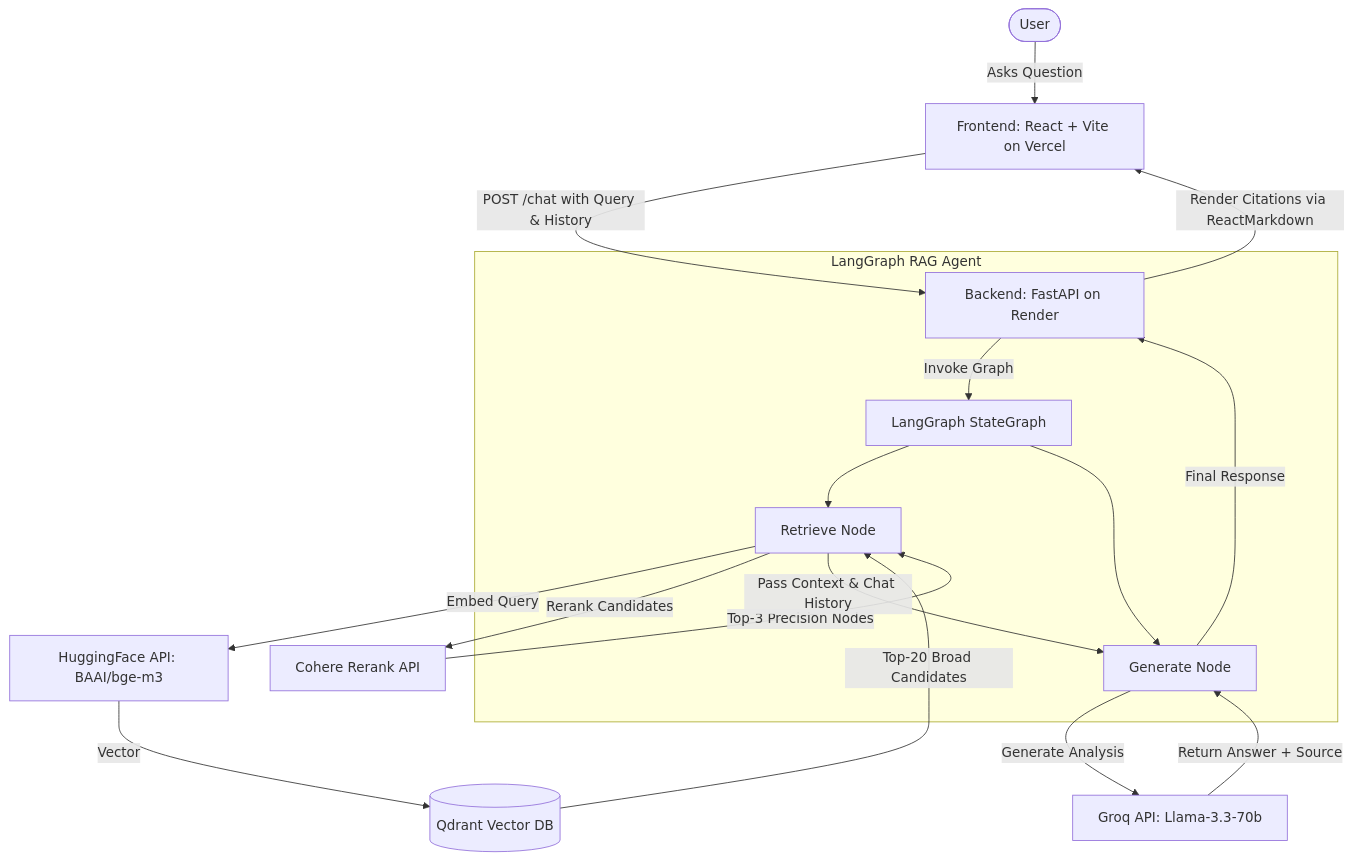
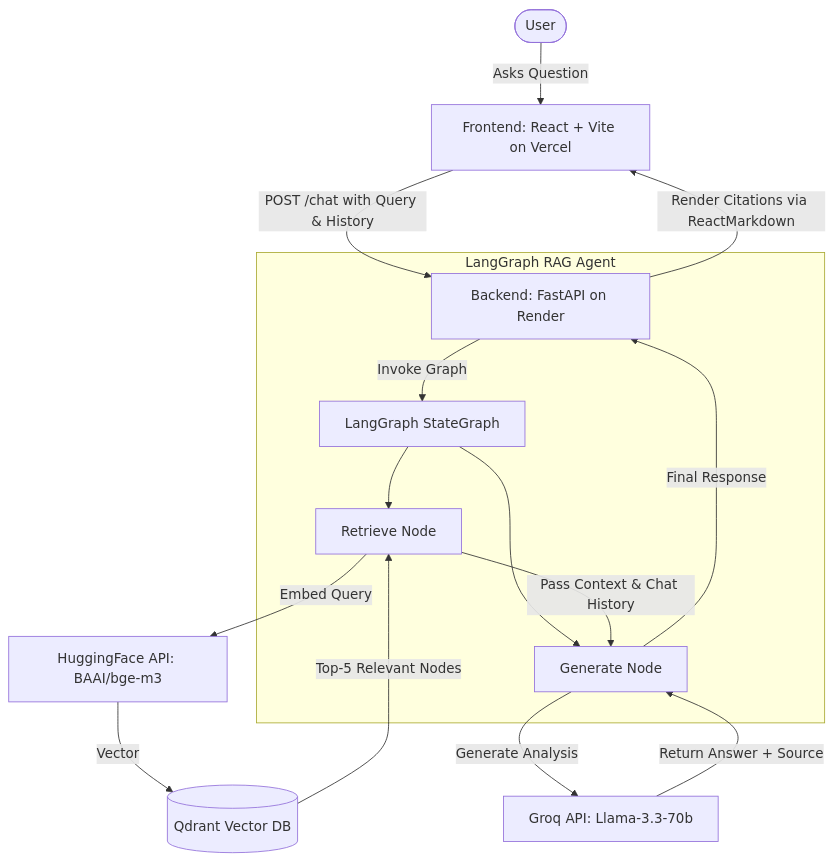
One commit to dovh11/finrag-project changed the diagram in README.md. Above: the diagram before and after it, drawn with Mermaid. The commit also changed other lines of this file and 2 other files, not shown here.

Commit message:
refactor: rollback to fast single-stage retrieval, remove cohere reranker

````diff
--- a/README.md
+++ b/README.md
@@ -52,24 +52,22 @@
 ```mermaid
 graph TD
     User([User]) -->|Asks Question| UI[Frontend: React + Vite on Vercel]
     UI -->|POST /chat with Query & History| API[Backend: FastAPI on Render]
     
     subgraph LangGraph RAG Agent
         API -->|Invoke Graph| Agent[LangGraph StateGraph]
         Agent --> Retriever[Retrieve Node]
         Agent --> Generator[Generate Node]
     end
 
     Retriever -->|Embed Query| HF[HuggingFace API: BAAI/bge-m3]
     HF -->|Vector| Qdrant[(Qdrant Vector DB)]
-    Qdrant -->|Top-20 Broad Candidates| Retriever
-    Retriever -->|Rerank Candidates| Cohere[Cohere Rerank API]
-    Cohere -->|Top-3 Precision Nodes| Retriever
+    Qdrant -->|Top-5 Relevant Nodes| Retriever
     
     Retriever -->|Pass Context & Chat History| Generator
     Generator -->|Generate Analysis| Groq[Groq API: Llama-3.3-70b]
     Groq -->|Return Answer + Source| Generator
     
     Generator -->|Final Response| API
     API -->|Render Citations via ReactMarkdown| UI
 ```
````
